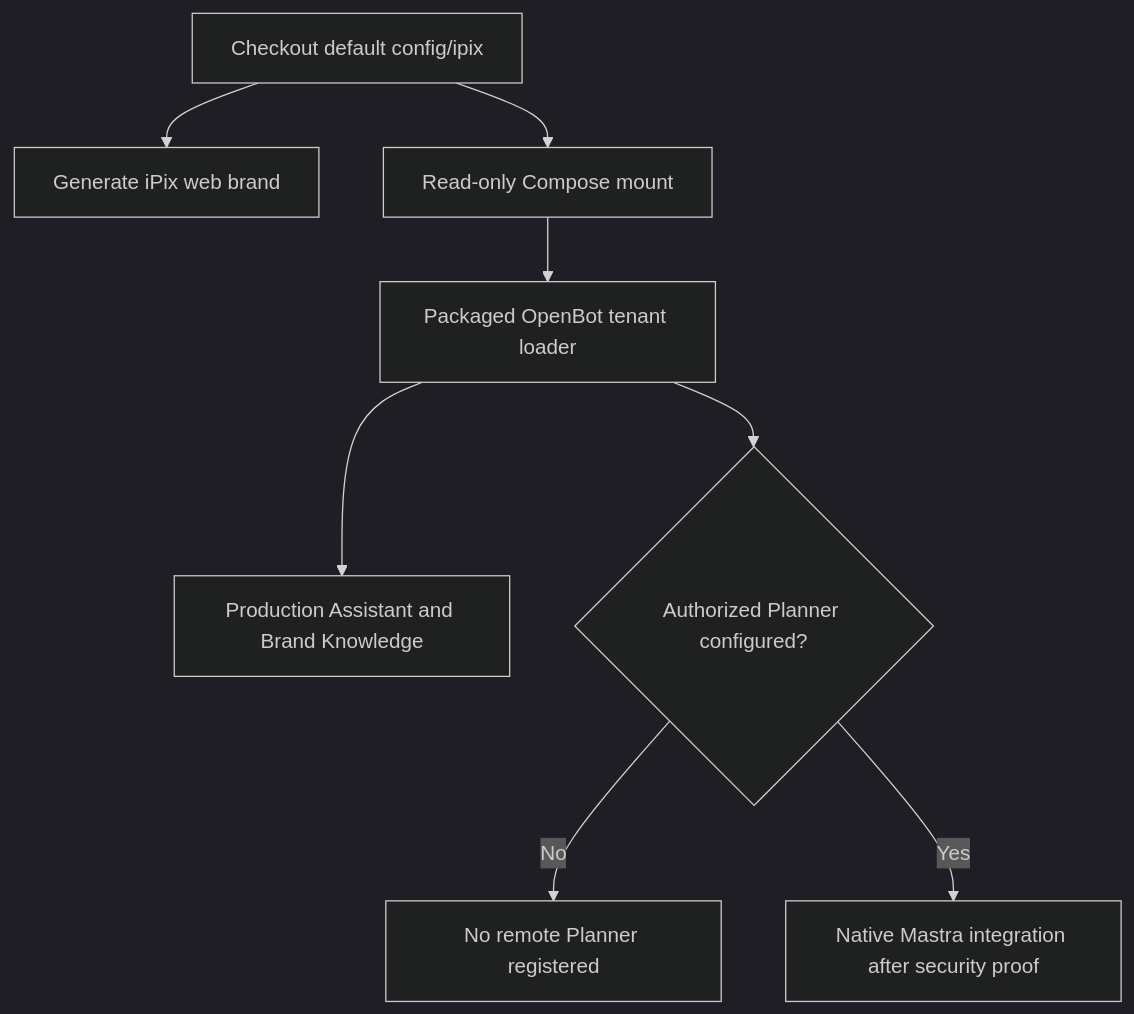
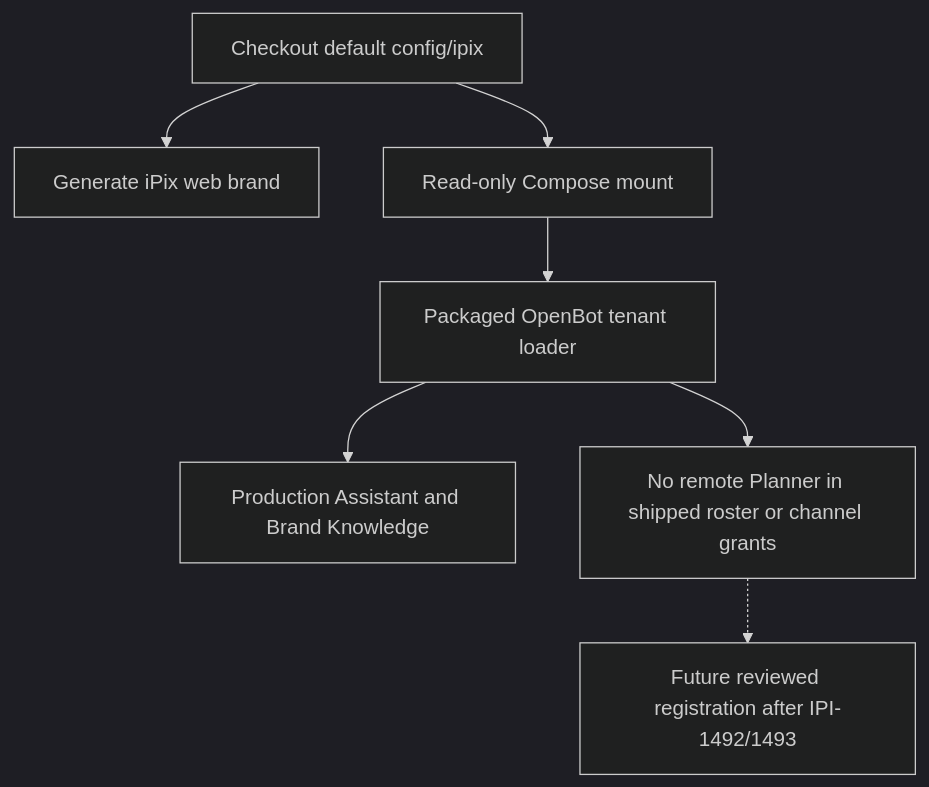
One commit to amoai-tech/ipix-open changed the diagram in config/ipix/README.md. Above: the diagram before and after it, drawn with Mermaid (dark theme). The commit also changed other lines of this file and 6 other files, not shown here.

Commit message:
fix(security): exclude unverified Mastra Planner from active roster

````diff
--- a/config/ipix/README.md
+++ b/config/ipix/README.md
@@ -40,10 +43,9 @@
 ```mermaid
 flowchart TD
     A["Checkout default config/ipix"] --> B["Generate iPix web brand"]
     A --> C["Read-only Compose mount"]
     C --> D["Packaged OpenBot tenant loader"]
     D --> E["Production Assistant and Brand Knowledge"]
-    D --> F{"Authorized Planner configured?"}
-    F -- No --> G["No remote Planner registered"]
-    F -- Yes --> H["Native Mastra integration after security proof"]
+    D --> F["No remote Planner in shipped roster or channel grants"]
+    F -.-> G["Future reviewed registration after IPI-1492/1493"]
 ```
````
